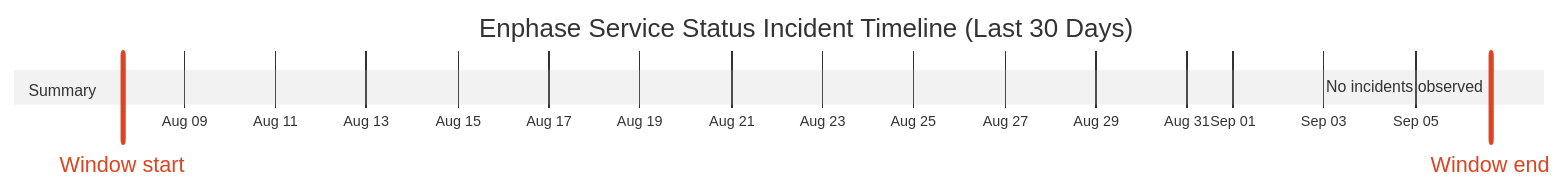
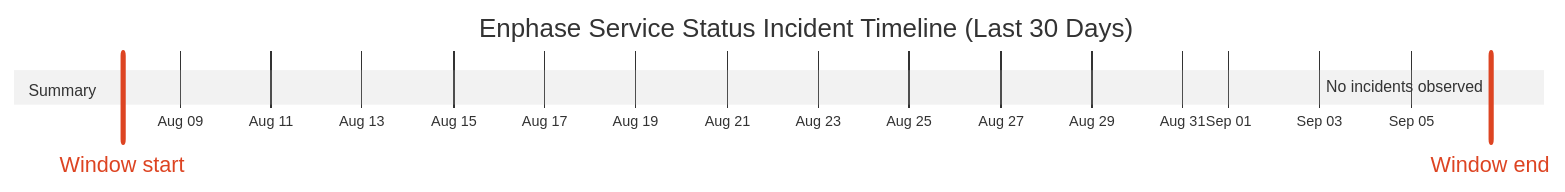
Before and after one commit to barneyonline/ha-enphase-energy: the diagram in wiki/Service-Status-History.md, drawn with Mermaid (neutral theme). The commit also changed other lines of this file and 3 other files, not shown here.

````diff
--- a/wiki/Service-Status-History.md
+++ b/wiki/Service-Status-History.md
@@ -14,10 +14,10 @@
 ```mermaid
 gantt
     title Enphase Service Status Incident Timeline (Last 30 Days)
     dateFormat  YYYY-MM-DDTHH:mm:ss
     axisFormat  %b %d
-    Window start :vert, window-start, 2026-08-07T15:37:19, 0ms
-    Window end :vert, window-end, 2026-09-06T15:37:19, 0ms
+    Window start :vert, window-start, 2026-08-07T18:01:05, 0ms
+    Window end :vert, window-end, 2026-09-06T18:01:05, 0ms
     section Summary
-    No incidents observed :done, 2026-09-06T15:37:19, 1m
+    No incidents observed :done, 2026-09-06T18:01:05, 1m
 ```
````
